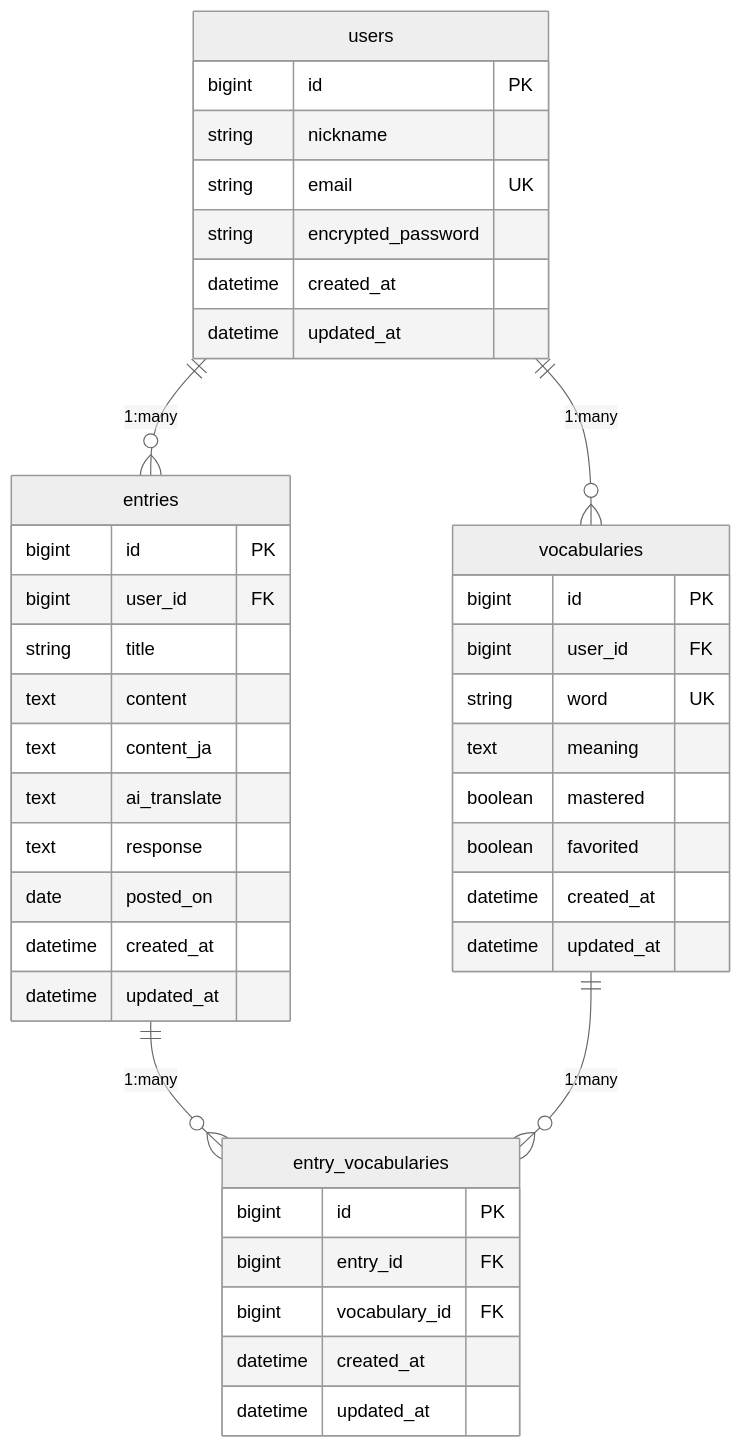
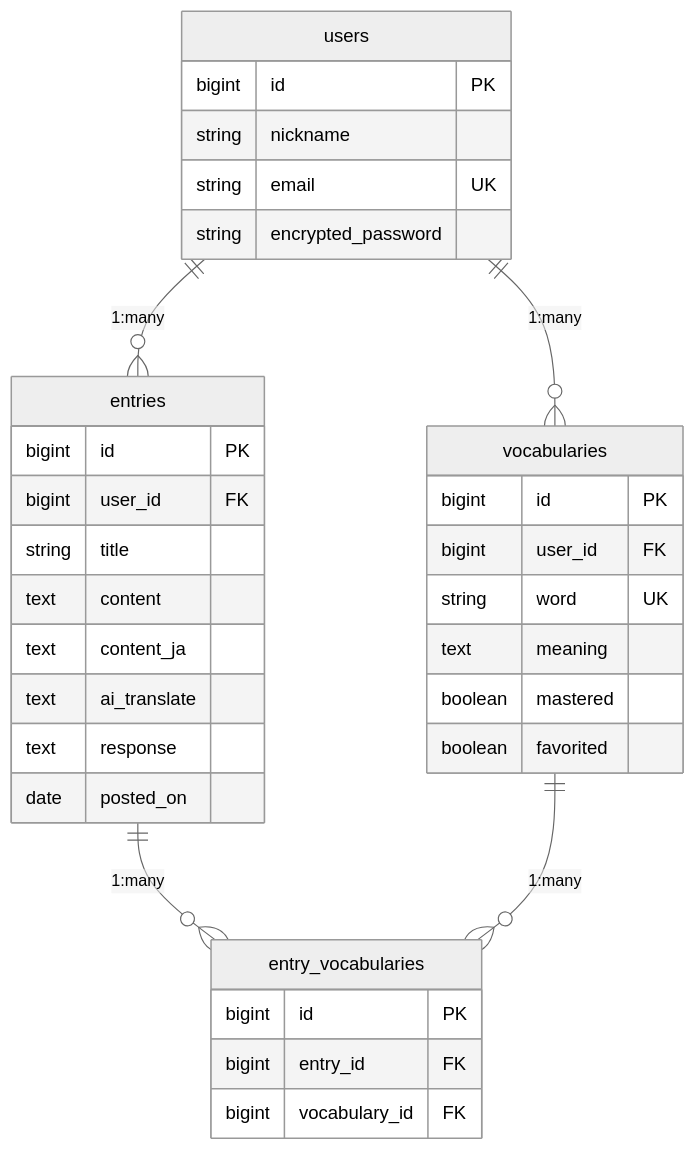
One commit to monkawa0208-maker/ai_journal changed the diagram in README.md. Above: the diagram before and after it, drawn with Mermaid (neutral theme). The commit also changed other lines of this file and 3 other files, not shown here.

````diff
--- a/README.md
+++ b/README.md
@@ -132,48 +132,40 @@
 ```mermaid
 erDiagram
     users ||--o{ entries : "1:many"
     users ||--o{ vocabularies : "1:many"
     entries ||--o{ entry_vocabularies : "1:many"
     vocabularies ||--o{ entry_vocabularies : "1:many"
     
     users {
         bigint id PK
         string nickname
         string email UK
         string encrypted_password
-        datetime created_at
-        datetime updated_at
     }
     
     entries {
         bigint id PK
         bigint user_id FK
         string title
         text content
         text content_ja
         text ai_translate
         text response
         date posted_on
-        datetime created_at
-        datetime updated_at
     }
     
     vocabularies {
         bigint id PK
         bigint user_id FK
         string word UK
         text meaning
         boolean mastered
         boolean favorited
-        datetime created_at
-        datetime updated_at
     }
     
     entry_vocabularies {
         bigint id PK
         bigint entry_id FK
         bigint vocabulary_id FK
-        datetime created_at
-        datetime updated_at
     }
 ```
````
